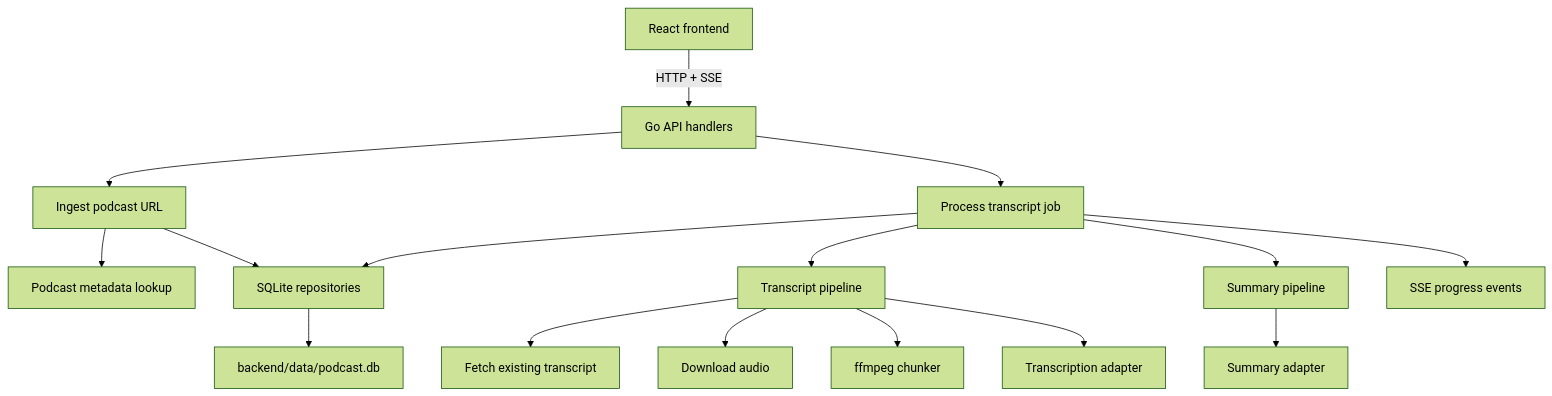
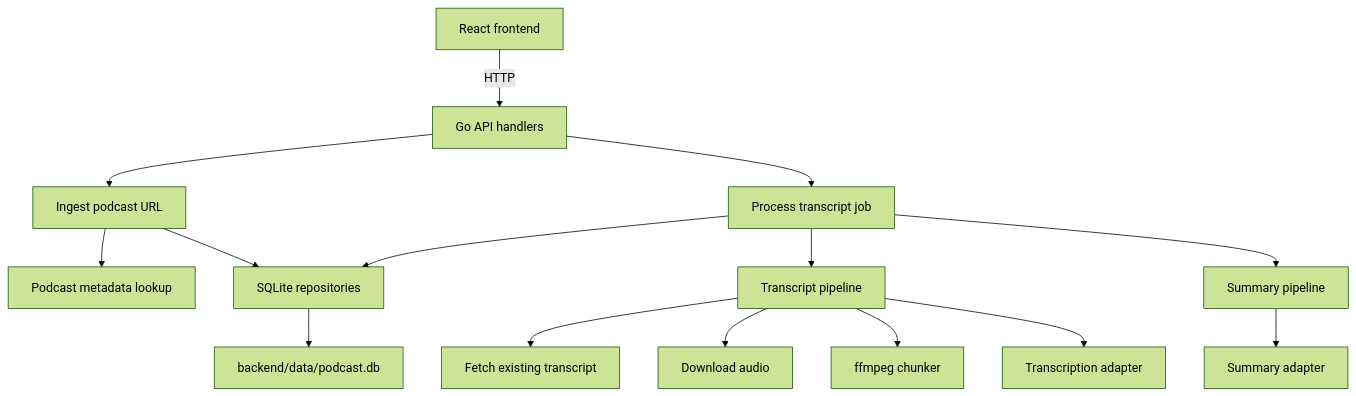
Before and after one commit to yanqian/podcast-summarizer: the diagram in README.md, drawn with Mermaid (forest theme). The commit also changed other lines of this file and 17 other files, not shown here.

````diff
--- a/README.md
+++ b/README.md
@@ -15,24 +15,23 @@
 ```mermaid
 flowchart TB
-  UI["React frontend"] -->|"HTTP + SSE"| API["Go API handlers"]
+  UI["React frontend"] -->|"HTTP"| API["Go API handlers"]
 
   API --> Ingest["Ingest podcast URL"]
   API --> Jobs["Process transcript job"]
 
   Ingest --> ITunes["Podcast metadata lookup"]
   Ingest --> Repos["SQLite repositories"]
 
   Jobs --> TranscriptPipeline["Transcript pipeline"]
   Jobs --> SummarySvc["Summary pipeline"]
-  Jobs --> Notifier["SSE progress events"]
   Jobs --> Repos
 
   Repos --> LocalDB["backend/data/podcast.db"]
 
   TranscriptPipeline --> TranscriptFetch["Fetch existing transcript"]
   TranscriptPipeline --> Downloader["Download audio"]
   TranscriptPipeline --> FFmpeg["ffmpeg chunker"]
   TranscriptPipeline --> Transcriber["Transcription adapter"]
 
   SummarySvc --> SummaryClient["Summary adapter"]
 ```
````
